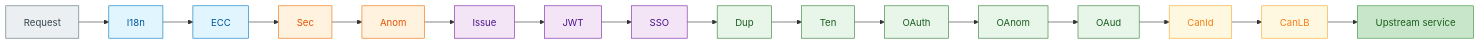
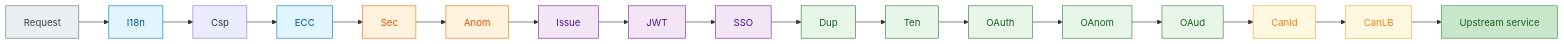
The second of 3 diagrams in atlas-richie-gateway-service/README.md (richie696/atlas-richie-platform), drawn with Mermaid before and after one commit. The commit also changed other lines of this file and 18 other files, not shown here.

````diff
--- a/atlas-richie-gateway-service/README.md
+++ b/atlas-richie-gateway-service/README.md
@@ -250,34 +253,35 @@
 ```mermaid
 flowchart LR
     REQ[Request] --> I18n
-    I18n --> ECC
+    I18n --> Csp
+    Csp --> ECC
     ECC --> Sec
     Sec --> Anom
     Anom --> Issue
     Issue --> JWT
     JWT --> SSO
     SSO --> Dup
     Dup --> Ten
     Ten --> OAuth
     OAuth --> OAnom
     OAnom --> OAud
     OAud --> CanId
     CanId --> CanLB
     CanLB --> UP[Upstream service]
 
     classDef client fill:#eceff1,stroke:#546e7a,color:#37474f
     classDef infra fill:#e1f5fe,stroke:#0277bd,color:#01579b
     classDef security fill:#fff3e0,stroke:#ef6c00,color:#e65100
     classDef auth fill:#f3e5f5,stroke:#7b1fa2,color:#4a148c
     classDef business fill:#e8f5e9,stroke:#2e7d32,color:#1b5e20
     classDef routing fill:#fff8e1,stroke:#f9a825,color:#f57f17
     classDef upstream fill:#c8e6c9,stroke:#388e3c,color:#1b5e20
 
     class REQ client
     class I18n,ECC infra
     class Sec,Anom security
     class Issue,JWT,SSO auth
     class Dup,Ten,OAuth,OAnom,OAud business
     class CanId,CanLB routing
     class UP upstream
 ```
````
